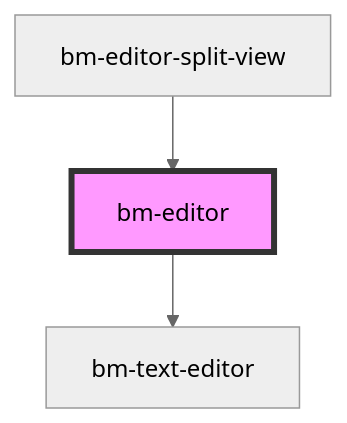
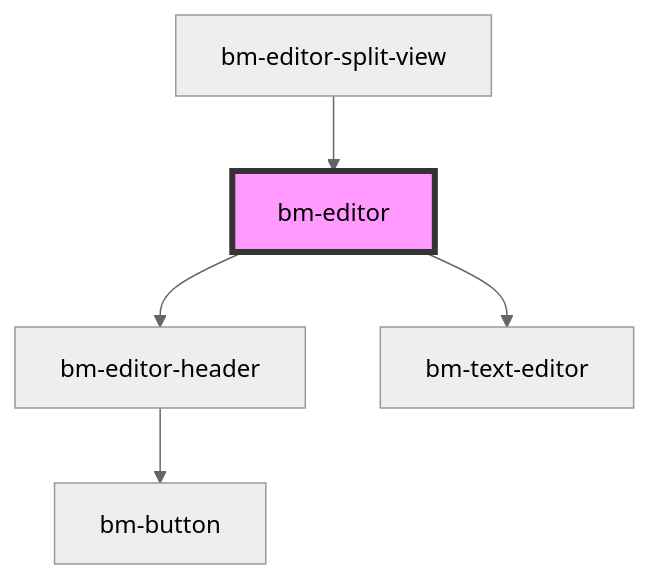
One commit to bettermusic/studio changed the diagram in packages/studio/src/components/editor/editor/readme.md. Above: the diagram before and after it, drawn with Mermaid (neutral theme). The commit also changed other lines of this file and 46 other files, not shown here.

````diff
--- a/packages/studio/src/components/editor/editor/readme.md
+++ b/packages/studio/src/components/editor/editor/readme.md
@@ -26,6 +27,8 @@
 ```mermaid
 graph TD;
+  bm-editor --> bm-editor-header
   bm-editor --> bm-text-editor
+  bm-editor-header --> bm-button
   bm-editor-split-view --> bm-editor
   style bm-editor fill:#f9f,stroke:#333,stroke-width:4px
 ```
````
